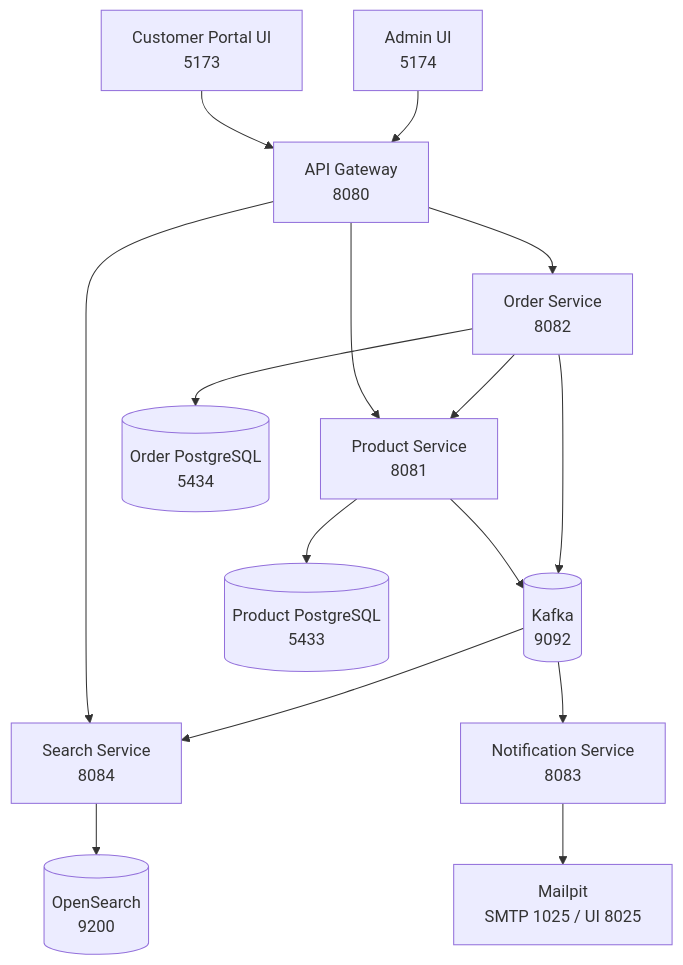
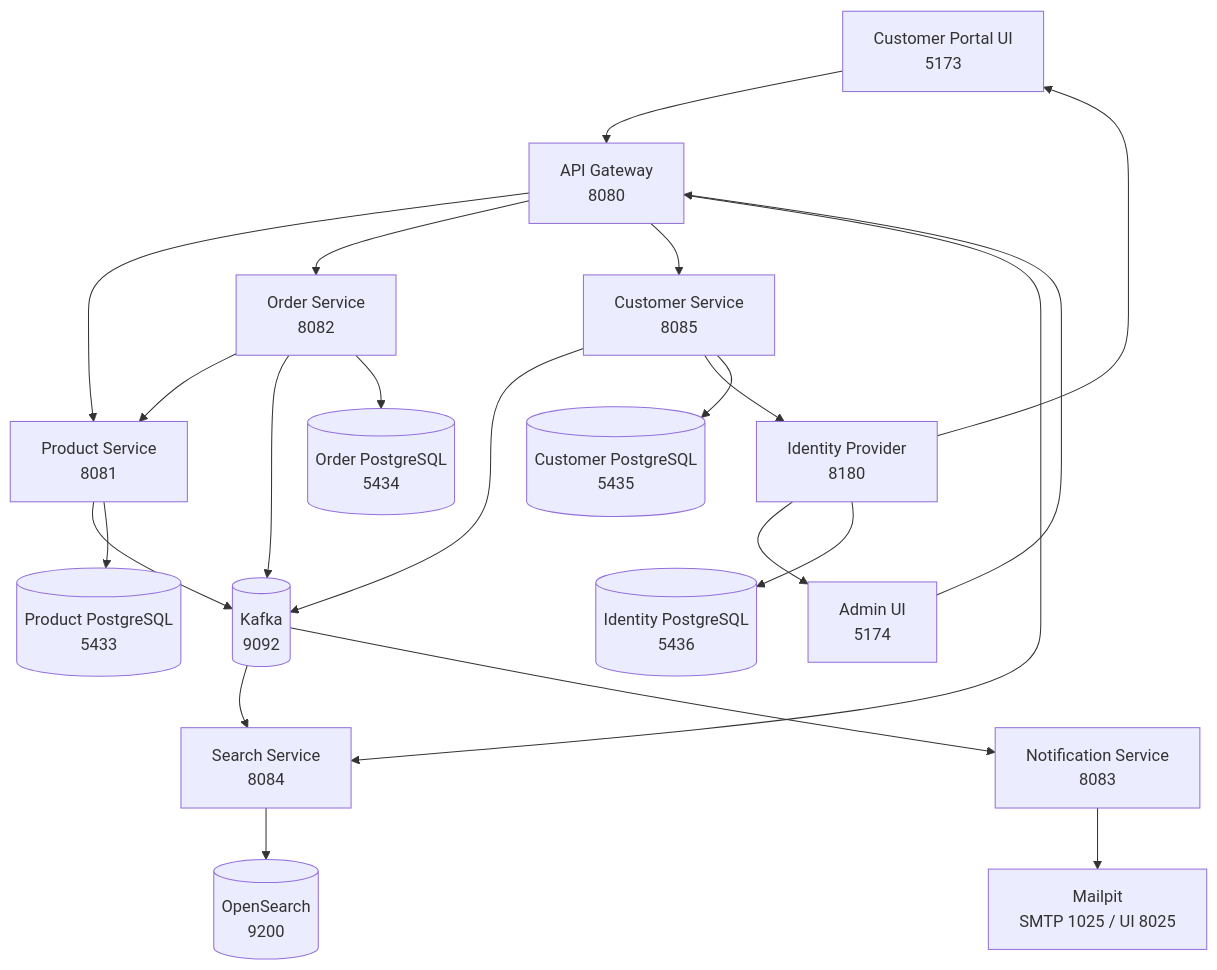
The diagram in README.md (anilkreddy/orderflow), drawn with Mermaid before and after one commit. The commit also changed other lines of this file and 101 other files, not shown here.

````diff
--- a/README.md
+++ b/README.md
@@ -43,17 +44,24 @@
 ```mermaid
 graph TD
     PUI[Customer Portal UI\n5173] --> GW[API Gateway\n8080]
     AUI[Admin UI\n5174] --> GW
+    IDP[Identity Provider\n8180] --> PUI
+    IDP --> AUI
     GW --> PS[Product Service\n8081]
     GW --> OS[Order Service\n8082]
+    GW --> CS[Customer Service\n8085]
     GW --> SS[Search Service\n8084]
     OS --> PS
     PS --> K[(Kafka\n9092)]
+    CS --> K
+    CS --> IDP
     K --> SS
     OS --> K[(Kafka\n9092)]
     K --> NS[Notification Service\n8083]
     NS --> MP[Mailpit\nSMTP 1025 / UI 8025]
     SS --> OP[(OpenSearch\n9200)]
     PS --> PDB[(Product PostgreSQL\n5433)]
     OS --> ODB[(Order PostgreSQL\n5434)]
+    CS --> CDB[(Customer PostgreSQL\n5435)]
+    IDP --> KDB[(Identity PostgreSQL\n5436)]
 ```
````
